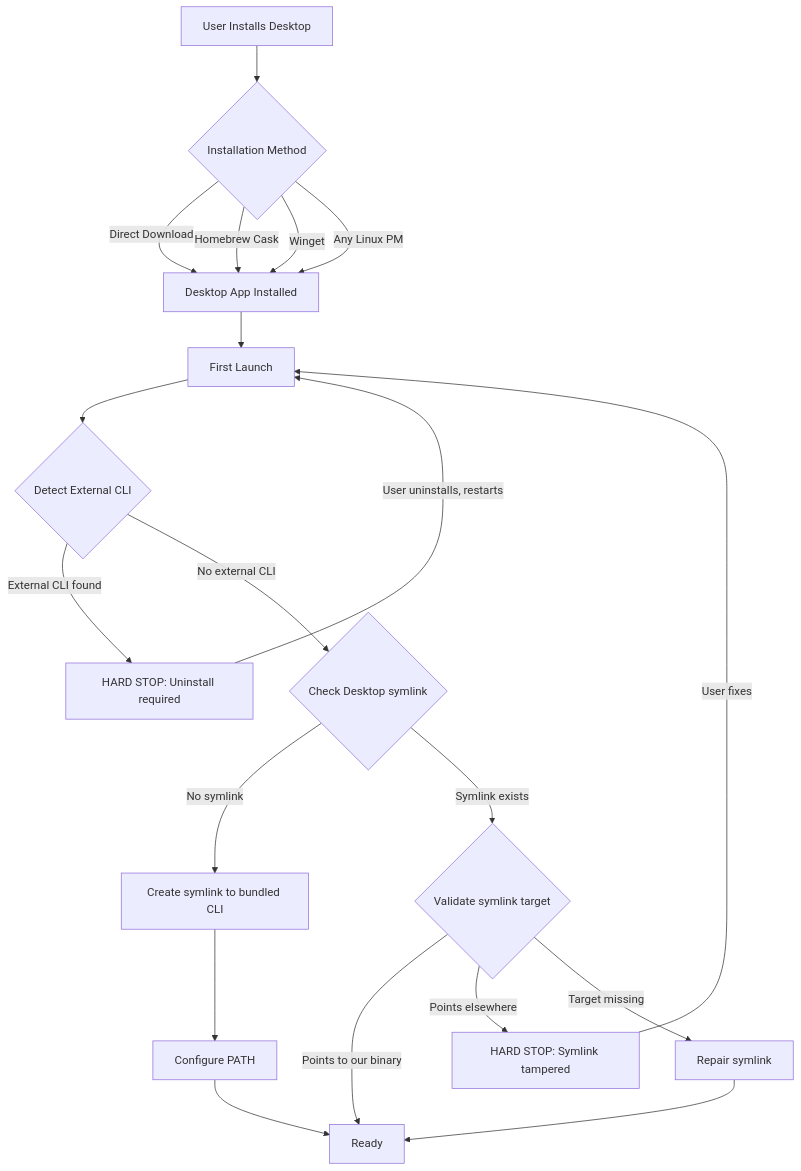
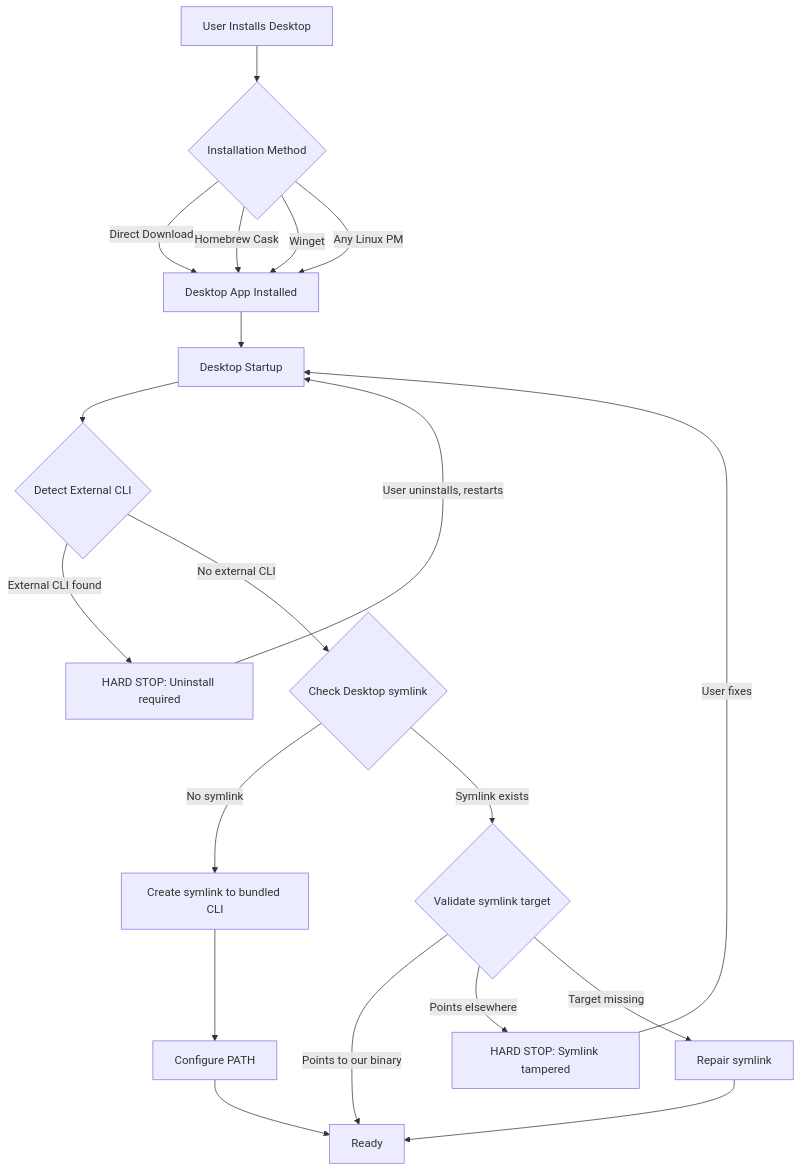
One commit to stacklok/toolhive-rfcs changed the first of 2 diagrams in rfcs/THV-0020-desktop-cli-version-alignment.md. Above: the diagram before and after it, drawn with Mermaid.

Commit message:
adjust mermaid flow

````diff
--- a/rfcs/THV-0020-desktop-cli-version-alignment.md
+++ b/rfcs/THV-0020-desktop-cli-version-alignment.md
@@ -92,31 +92,31 @@
 ```mermaid
 flowchart TD
     A[User Installs Desktop] --> B{Installation Method}
     
     B -->|Direct Download| C[Desktop App Installed]
     B -->|Homebrew Cask| C
     B -->|Winget| C
     B -->|Any Linux PM| C
     
-    C --> D[First Launch]
+    C --> D[Desktop Startup]
     D --> E{Detect External CLI}
     
     E -->|External CLI found| H[HARD STOP: Uninstall required]
     E -->|No external CLI| F{Check Desktop symlink}
     
     H -->|User uninstalls, restarts| D
     
     F -->|No symlink| G[Create symlink to bundled CLI]
     F -->|Symlink exists| K{Validate symlink target}
     
     K -->|Points to our binary| I[Ready]
     K -->|Points elsewhere| M[HARD STOP: Symlink tampered]
     K -->|Target missing| J[Repair symlink]
     
     M -->|User fixes| D
     
     G --> L[Configure PATH]
     J --> I
     L --> I
 
 ```
````
